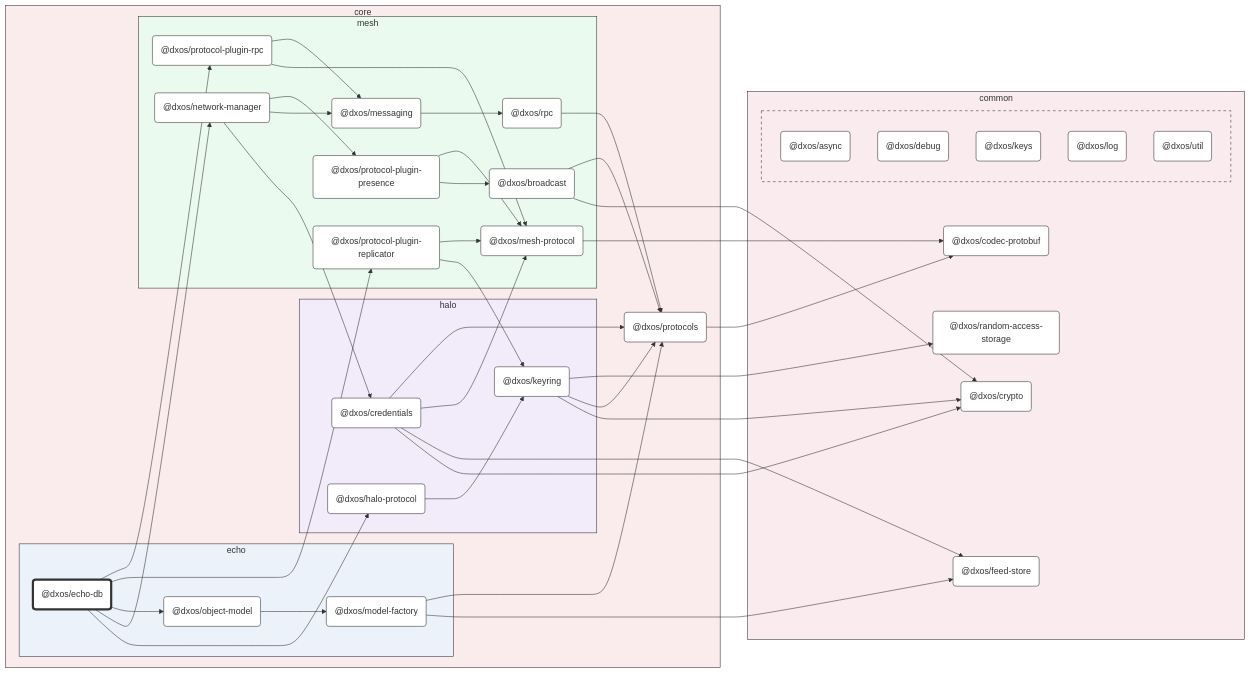
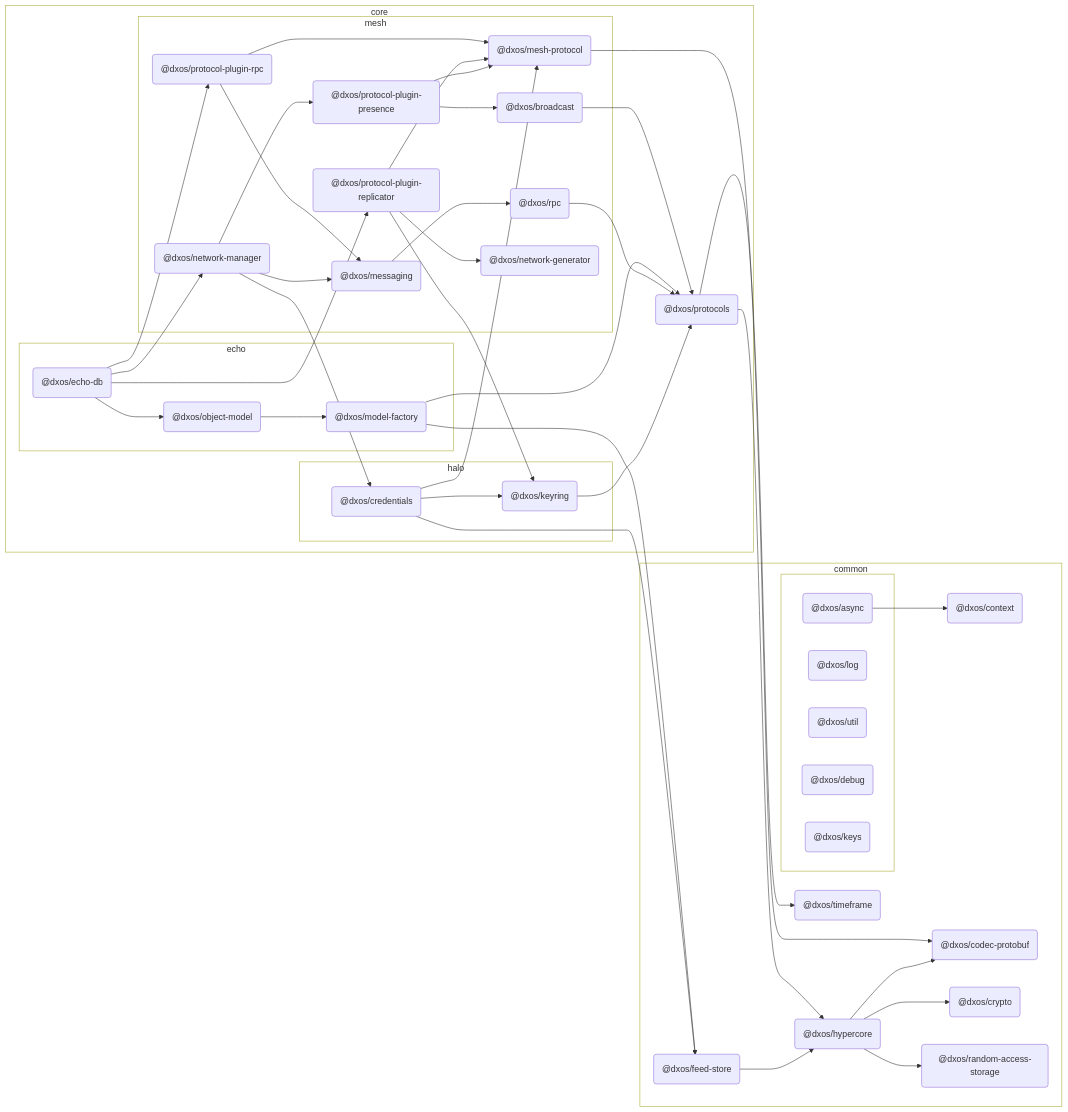
One commit to dxos/dxos changed the third of 3 diagrams in packages/core/echo/echo-db/docs/README.md. Above: the diagram before and after it, drawn with Mermaid. The commit also changed other lines of this file and 127 other files, not shown here.

```diff
--- a/packages/core/echo/echo-db/docs/README.md
+++ b/packages/core/echo/echo-db/docs/README.md
@@ -10,18 +132,18 @@
 flowchart LR
 
 %% Classes
-classDef def fill:#fff,stroke:#333,stroke-width:1px
-classDef root fill:#fff,stroke:#333,stroke-width:4px
+
+
 
 %% Nodes
 
 subgraph core [core]
-  style core fill:#faebec,stroke:#333
+  style core fill:transparent
   dxos/protocols("@dxos/protocols"):::def
   click dxos/protocols "dxos/dxos/tree/main/packages/core/protocols/docs"
 
   subgraph echo [echo]
-    style echo fill:#ebf2fa,stroke:#333
+    style echo fill:transparent
     dxos/echo-db("@dxos/echo-db"):::root
     click dxos/echo-db "dxos/dxos/tree/main/packages/core/echo/echo-db/docs"
     dxos/model-factory("@dxos/model-factory"):::def
@@ -31,17 +153,15 @@
   end
 
   subgraph halo [halo]
-    style halo fill:#f1ebfa,stroke:#333
+    style halo fill:transparent
     dxos/credentials("@dxos/credentials"):::def
     click dxos/credentials "dxos/dxos/tree/main/packages/core/halo/credentials/docs"
-    dxos/halo-protocol("@dxos/halo-protocol"):::def
-    click dxos/halo-protocol "dxos/dxos/tree/main/packages/core/halo/halo-protocol/docs"
     dxos/keyring("@dxos/keyring"):::def
     click dxos/keyring "dxos/dxos/tree/main/packages/core/halo/keyring/docs"
   end
 
   subgraph mesh [mesh]
-    style mesh fill:#ebfaef,stroke:#333
+    style mesh fill:transparent
     dxos/mesh-protocol("@dxos/mesh-protocol"):::def
     click dxos/mesh-protocol "dxos/dxos/tree/main/packages/core/mesh/mesh-protocol/docs"
     dxos/messaging("@dxos/messaging"):::def
@@ -56,50 +176,58 @@
     click dxos/broadcast "dxos/dxos/tree/main/packages/core/mesh/broadcast/docs"
     dxos/protocol-plugin-replicator("@dxos/protocol-plugin-replicator"):::def
     click dxos/protocol-plugin-replicator "dxos/dxos/tree/main/packages/core/mesh/protocol-plugin-replicator/docs"
+    dxos/network-generator("@dxos/network-generator"):::def
+    click dxos/network-generator "dxos/dxos/tree/main/packages/core/mesh/network-generator/docs"
     dxos/protocol-plugin-rpc("@dxos/protocol-plugin-rpc"):::def
     click dxos/protocol-plugin-rpc "dxos/dxos/tree/main/packages/core/mesh/protocol-plugin-rpc/docs"
   end
 end
 
 subgraph common [common]
-  style common fill:#faebee,stroke:#333
+  style common fill:transparent
+  dxos/context("@dxos/context"):::def
+  click dxos/context "dxos/dxos/tree/main/packages/common/context/docs"
   dxos/codec-protobuf("@dxos/codec-protobuf"):::def
   click dxos/codec-protobuf "dxos/dxos/tree/main/packages/common/codec-protobuf/docs"
   dxos/crypto("@dxos/crypto"):::def
   click dxos/crypto "dxos/dxos/tree/main/packages/common/crypto/docs"
   dxos/feed-store("@dxos/feed-store"):::def
   click dxos/feed-store "dxos/dxos/tree/main/packages/common/feed-store/docs"
+  dxos/hypercore("@dxos/hypercore"):::def
+  click dxos/hypercore "dxos/dxos/tree/main/packages/common/hypercore/docs"
   dxos/random-access-storage("@dxos/random-access-storage"):::def
   click dxos/random-access-storage "dxos/dxos/tree/main/packages/common/random-access-storage/docs"
+  dxos/timeframe("@dxos/timeframe"):::def
+  click dxos/timeframe "dxos/dxos/tree/main/packages/common/timeframe/docs"
 
   subgraph _ [ ]
-    style _ fill:#faebee,stroke:#333,stroke-dasharray:5 5
+    style _ fill:transparent
     dxos/async("@dxos/async"):::def
     click dxos/async "dxos/dxos/tree/main/packages/common/async/docs"
+    dxos/log("@dxos/log"):::def
+    click dxos/log "dxos/dxos/tree/main/packages/common/log/docs"
+    dxos/util("@dxos/util"):::def
+    click dxos/util "dxos/dxos/tree/main/packages/common/util/docs"
     dxos/debug("@dxos/debug"):::def
     click dxos/debug "dxos/dxos/tree/main/packages/common/debug/docs"
     dxos/keys("@dxos/keys"):::def
     click dxos/keys "dxos/dxos/tree/main/packages/common/keys/docs"
-    dxos/log("@dxos/log"):::def
-    click dxos/log "dxos/dxos/tree/main/packages/common/log/docs"
-    dxos/util("@dxos/util"):::def
-    click dxos/util "dxos/dxos/tree/main/packages/common/util/docs"
   end
 end
 
 %% Links
-linkStyle default stroke:#333,stroke-width:1px
-dxos/credentials --> dxos/crypto
+dxos/async --> dxos/context
 dxos/credentials --> dxos/feed-store
+dxos/feed-store --> dxos/hypercore
+dxos/hypercore --> dxos/codec-protobuf
+dxos/hypercore --> dxos/crypto
+dxos/hypercore --> dxos/random-access-storage
+dxos/credentials --> dxos/keyring
+dxos/keyring --> dxos/protocols
+dxos/protocols --> dxos/hypercore
+dxos/protocols --> dxos/timeframe
 dxos/credentials --> dxos/mesh-protocol
 dxos/mesh-protocol --> dxos/codec-protobuf
-dxos/credentials --> dxos/protocols
-dxos/protocols --> dxos/codec-protobuf
-dxos/echo-db --> dxos/halo-protocol
-dxos/halo-protocol --> dxos/keyring
-dxos/keyring --> dxos/crypto
-dxos/keyring --> dxos/protocols
-dxos/keyring --> dxos/random-access-storage
 dxos/messaging --> dxos/rpc
 dxos/rpc --> dxos/protocols
 dxos/model-factory --> dxos/feed-store
@@ -109,7 +237,6 @@
 dxos/network-manager --> dxos/messaging
 dxos/network-manager --> dxos/protocol-plugin-presence
 dxos/protocol-plugin-presence --> dxos/broadcast
-dxos/broadcast --> dxos/crypto
 dxos/broadcast --> dxos/protocols
 dxos/protocol-plugin-presence --> dxos/mesh-protocol
 dxos/echo-db --> dxos/object-model
@@ -117,6 +244,7 @@
 dxos/echo-db --> dxos/protocol-plugin-replicator
 dxos/protocol-plugin-replicator --> dxos/keyring
 dxos/protocol-plugin-replicator --> dxos/mesh-protocol
+dxos/protocol-plugin-replicator --> dxos/network-generator
 dxos/echo-db --> dxos/protocol-plugin-rpc
 dxos/protocol-plugin-rpc --> dxos/mesh-protocol
 dxos/protocol-plugin-rpc --> dxos/messaging
```
